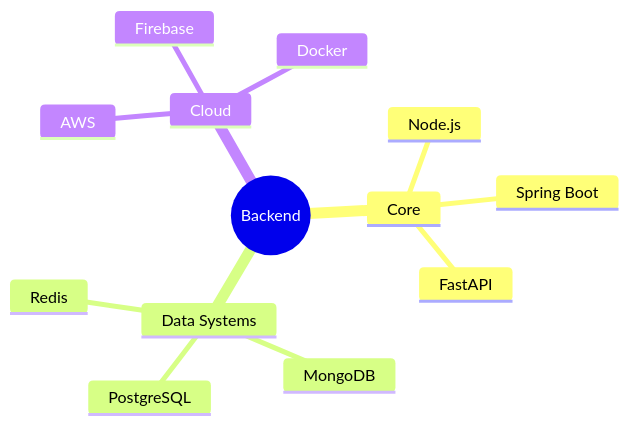
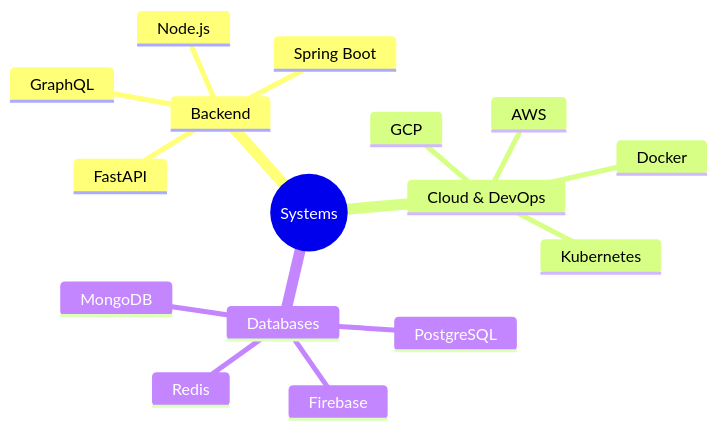
Before and after one commit to KhamessiTaha/KhamessiTaha: the third of 4 diagrams in README.md, drawn with Mermaid. The commit also changed other lines of this file, not shown here.

````diff
--- a/README.md
+++ b/README.md
@@ -155,16 +114,19 @@
 ```mermaid
 mindmap
-  root((Backend))
-    Core
+  root((Systems))
+    Backend
       Node.js
       Spring Boot
       FastAPI
-    Data Systems
+      GraphQL
+    Cloud & DevOps
+      Docker
+      Kubernetes
+      AWS
+      GCP
+    Databases
       MongoDB
       PostgreSQL
       Redis
-    Cloud
-      AWS
       Firebase
-      Docker
 ```
````
